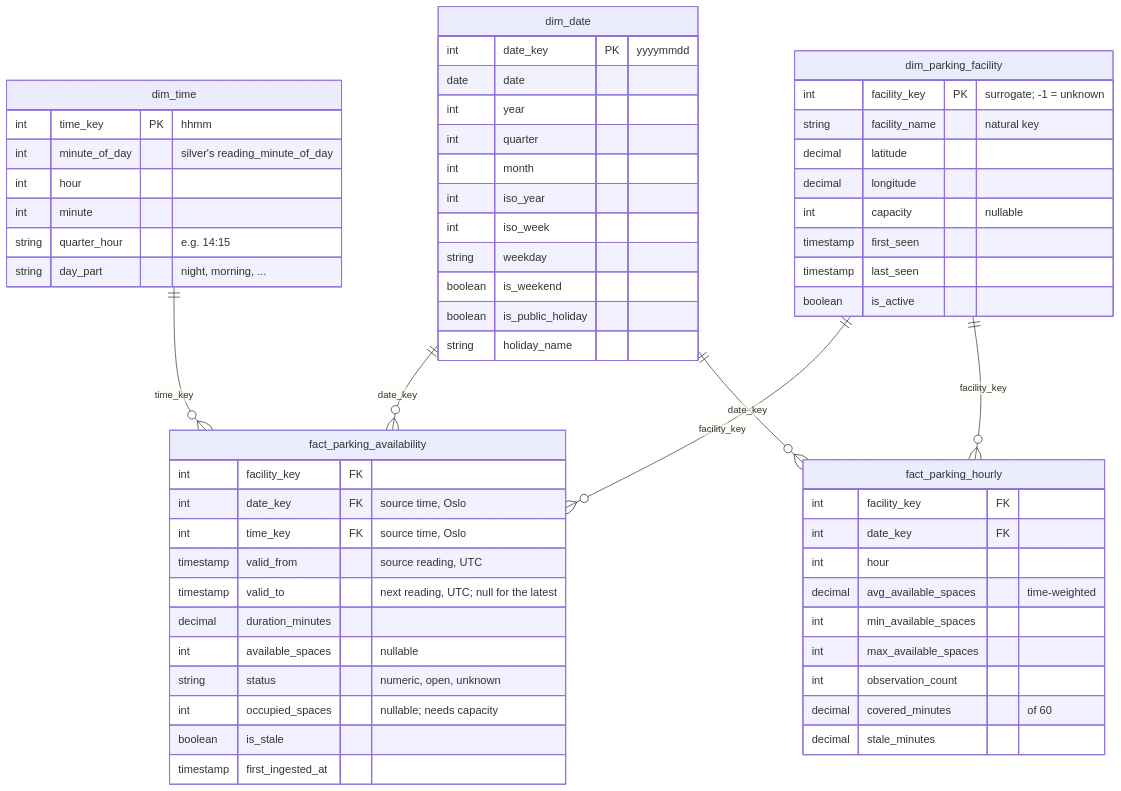
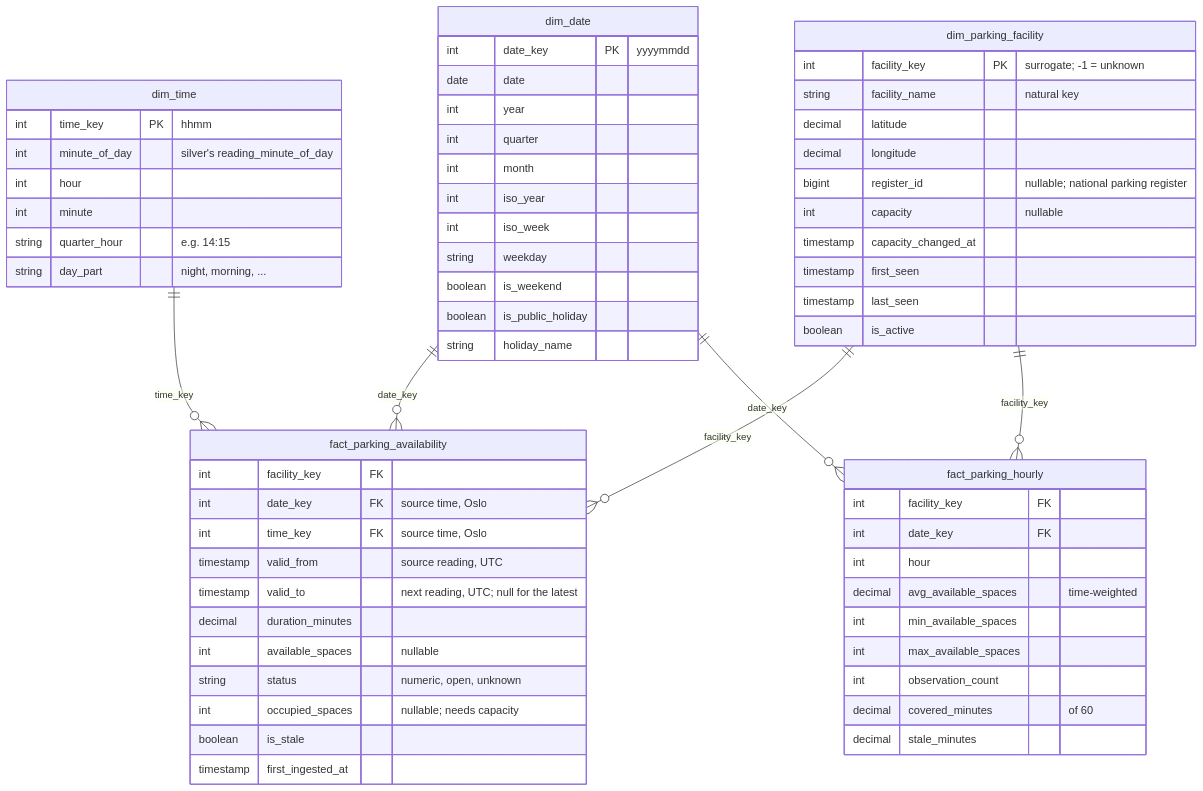
One commit to VirtueMe/stavangerparking changed the third of 3 diagrams in docs/architecture.md. Above: the diagram before and after it, drawn with Mermaid. The commit also changed other lines of this file and 12 other files, not shown here.

````diff
--- a/docs/architecture.md
+++ b/docs/architecture.md
@@ -95,68 +96,70 @@
 ```mermaid
 erDiagram
     dim_date ||--o{ fact_parking_availability : "date_key"
     dim_time ||--o{ fact_parking_availability : "time_key"
     dim_parking_facility ||--o{ fact_parking_availability : "facility_key"
     dim_date ||--o{ fact_parking_hourly : "date_key"
     dim_parking_facility ||--o{ fact_parking_hourly : "facility_key"
 
     dim_date {
         int date_key PK "yyyymmdd"
         date date
         int year
         int quarter
         int month
         int iso_year
         int iso_week
         string weekday
         boolean is_weekend
         boolean is_public_holiday
         string holiday_name
     }
 
     dim_time {
         int time_key PK "hhmm"
         int minute_of_day "silver's reading_minute_of_day"
         int hour
         int minute
         string quarter_hour "e.g. 14:15"
         string day_part "night, morning, ..."
     }
 
     dim_parking_facility {
         int facility_key PK "surrogate; -1 = unknown"
         string facility_name "natural key"
         decimal latitude
         decimal longitude
+        bigint register_id "nullable; national parking register"
         int capacity "nullable"
+        timestamp capacity_changed_at
         timestamp first_seen
         timestamp last_seen
         boolean is_active
     }
 
     fact_parking_availability {
         int facility_key FK
         int date_key FK "source time, Oslo"
         int time_key FK "source time, Oslo"
         timestamp valid_from "source reading, UTC"
         timestamp valid_to "next reading, UTC; null for the latest"
         decimal duration_minutes
         int available_spaces "nullable"
         string status "numeric, open, unknown"
         int occupied_spaces "nullable; needs capacity"
         boolean is_stale
         timestamp first_ingested_at
     }
 
     fact_parking_hourly {
         int facility_key FK
         int date_key FK
         int hour
         decimal avg_available_spaces "time-weighted"
         int min_available_spaces
         int max_available_spaces
         int observation_count
         decimal covered_minutes "of 60"
         decimal stale_minutes
     }
 ```
````
